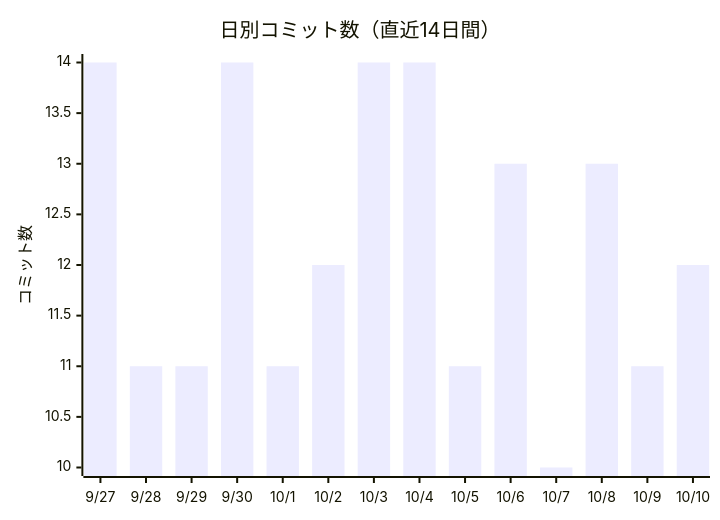
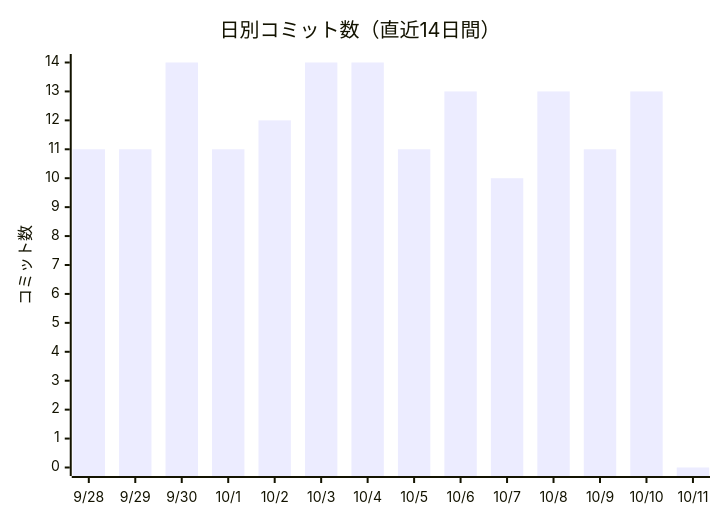
One commit to non-x2/non-x2 changed the first of 2 diagrams in docs/進化レポート.md. Above: the diagram before and after it, drawn with Mermaid. The commit also changed other lines of this file and 2 other files, not shown here.

````diff
--- a/docs/進化レポート.md
+++ b/docs/進化レポート.md
@@ -23,7 +23,7 @@
 ```mermaid
 xychart-beta
     title "日別コミット数（直近14日間）"
-    x-axis ["9/27", "9/28", "9/29", "9/30", "10/1", "10/2", "10/3", "10/4", "10/5", "10/6", "10/7", "10/8", "10/9", "10/10"]
+    x-axis ["9/28", "9/29", "9/30", "10/1", "10/2", "10/3", "10/4", "10/5", "10/6", "10/7", "10/8", "10/9", "10/10", "10/11"]
     y-axis "コミット数"
-    bar [14, 11, 11, 14, 11, 12, 14, 14, 11, 13, 10, 13, 11, 12]
+    bar [11, 11, 14, 11, 12, 14, 14, 11, 13, 10, 13, 11, 13, 0]
 ```
````
